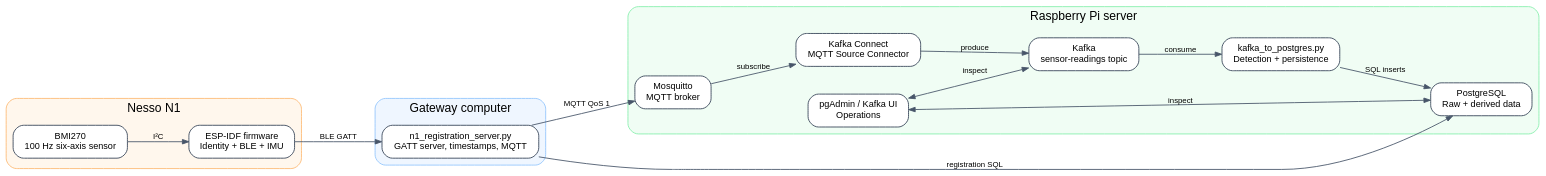
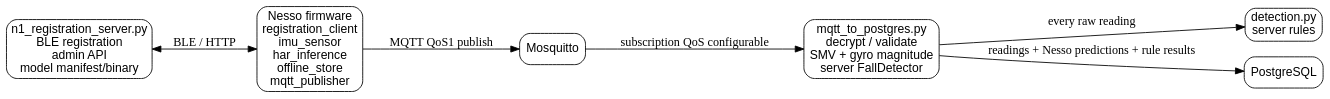
One commit to minhtribui153/fall-analysis changed the diagram in docs/assets/container-view.dot. Above: the diagram before and after it, drawn with Graphviz. The commit also changed 31 other files, not shown here.

```diff
--- a/docs/assets/container-view.dot
+++ b/docs/assets/container-view.dot
@@ -1,38 +1,14 @@
 digraph G {
-  graph [rankdir=LR, bgcolor="transparent", pad=0.3, nodesep=0.45, ranksep=0.8, fontname="Arial", compound=true];
-  node [shape=box, style="rounded,filled", fontname="Arial", fontsize=10.5, color="#334155", fillcolor="#FFFFFF", margin="0.16,0.10"];
-  edge [fontname="Arial", fontsize=9, color="#475569", arrowsize=0.75];
-
-  subgraph cluster_nesso {
-    label="Nesso N1"; color="#FDBA74"; style="rounded,filled"; fillcolor="#FFF7ED"; fontname="Arial";
-    fw [label="ESP-IDF firmware\nIdentity + BLE + IMU"];
-    bmi [label="BMI270\n100 Hz six-axis sensor"];
-    bmi -> fw [label="I²C"];
-  }
-
-  subgraph cluster_laptop {
-    label="Gateway computer"; color="#93C5FD"; style="rounded,filled"; fillcolor="#EFF6FF"; fontname="Arial";
-    gateway [label="n1_registration_server.py\nGATT server, timestamps, MQTT"];
-  }
-
-  subgraph cluster_pi {
-    label="Raspberry Pi server"; color="#86EFAC"; style="rounded,filled"; fillcolor="#F0FDF4"; fontname="Arial";
-    mqtt [label="Mosquitto\nMQTT broker"];
-    connect [label="Kafka Connect\nMQTT Source Connector"];
-    kafka [label="Kafka\nsensor-readings topic"];
-    consumer [label="kafka_to_postgres.py\nDetection + persistence"];
-    postgres [label="PostgreSQL\nRaw + derived data"];
-    ui [label="pgAdmin / Kafka UI\nOperations"];
-
-    mqtt -> connect [label="subscribe"];
-    connect -> kafka [label="produce"];
-    kafka -> consumer [label="consume"];
-    consumer -> postgres [label="SQL inserts"];
-    ui -> postgres [dir=both, label="inspect"];
-    ui -> kafka [dir=both, label="inspect"];
-  }
-
-  fw -> gateway [label="BLE GATT"];
-  gateway -> mqtt [label="MQTT QoS 1"];
-  gateway -> postgres [label="registration SQL"];
+  rankdir=LR; graph [bgcolor="transparent", pad="0.2"]; node [shape=box, style="rounded", fontname="Arial"];
+  nesso [label="Nesso firmware\nregistration_client\nimu_sensor\nhar_inference\noffline_store\nmqtt_publisher"];
+  reg [label="n1_registration_server.py\nBLE registration\nadmin API\nmodel manifest/binary"];
+  broker [label="Mosquitto"];
+  pipe [label="mqtt_to_postgres.py\ndecrypt / validate\nSMV + gyro magnitude\nserver FallDetector"];
+  rules [label="detection.py\nserver rules"];
+  db [label="PostgreSQL"];
+  reg -> nesso [dir=both,label="BLE / HTTP"];
+  nesso -> broker [label="MQTT QoS1 publish"];
+  broker -> pipe [label="subscription QoS configurable"];
+  pipe -> rules [label="every raw reading"];
+  pipe -> db [label="readings + Nesso predictions + rule results"];
 }
```
